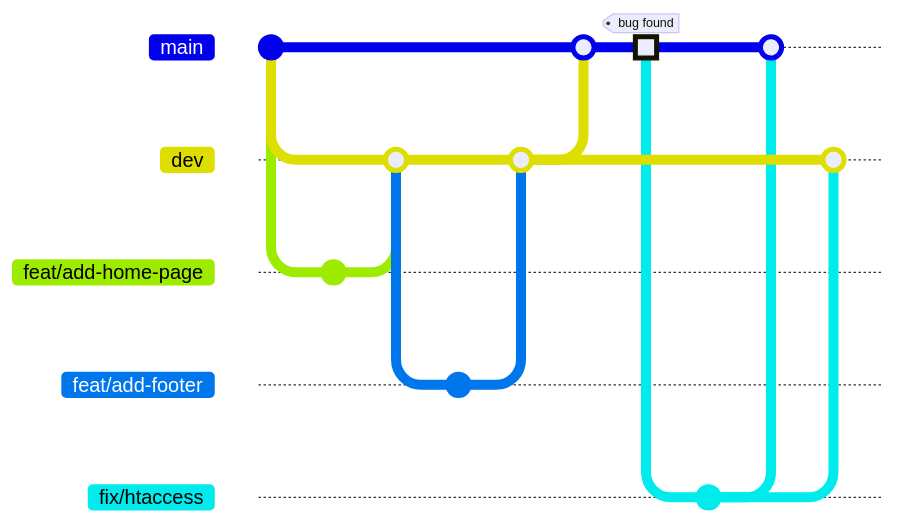
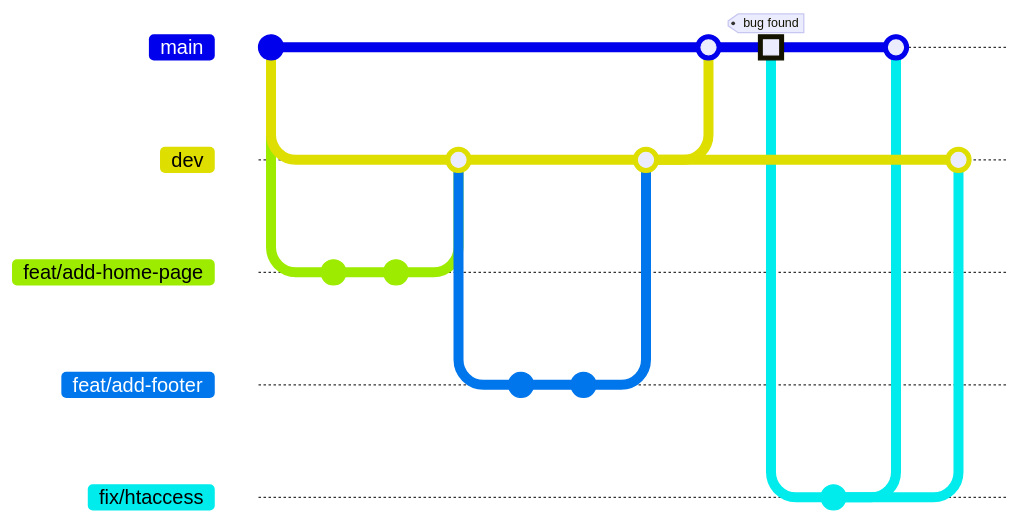
Before and after one commit to ebouchut/mars-ai-project: the diagram in README.md, drawn with Mermaid. The commit also changed other lines of this file, not shown here. Commit ids are hidden.

````diff
--- a/README.md
+++ b/README.md
@@ -459,27 +570,29 @@
 ```mermaid
 gitGraph
     commit
     branch dev
     checkout dev
     branch feat/add-home-page
     checkout feat/add-home-page
     commit
+    commit
     checkout dev
     merge feat/add-home-page
 
     branch feat/add-footer
+    commit
     commit
     checkout dev
     merge feat/add-footer
 
     checkout main
     merge dev
     commit type: HIGHLIGHT tag: "bug found"
     checkout main
     branch fix/htaccess
     commit
     checkout main
     merge fix/htaccess
     checkout dev
     merge fix/htaccess
 ```
````
